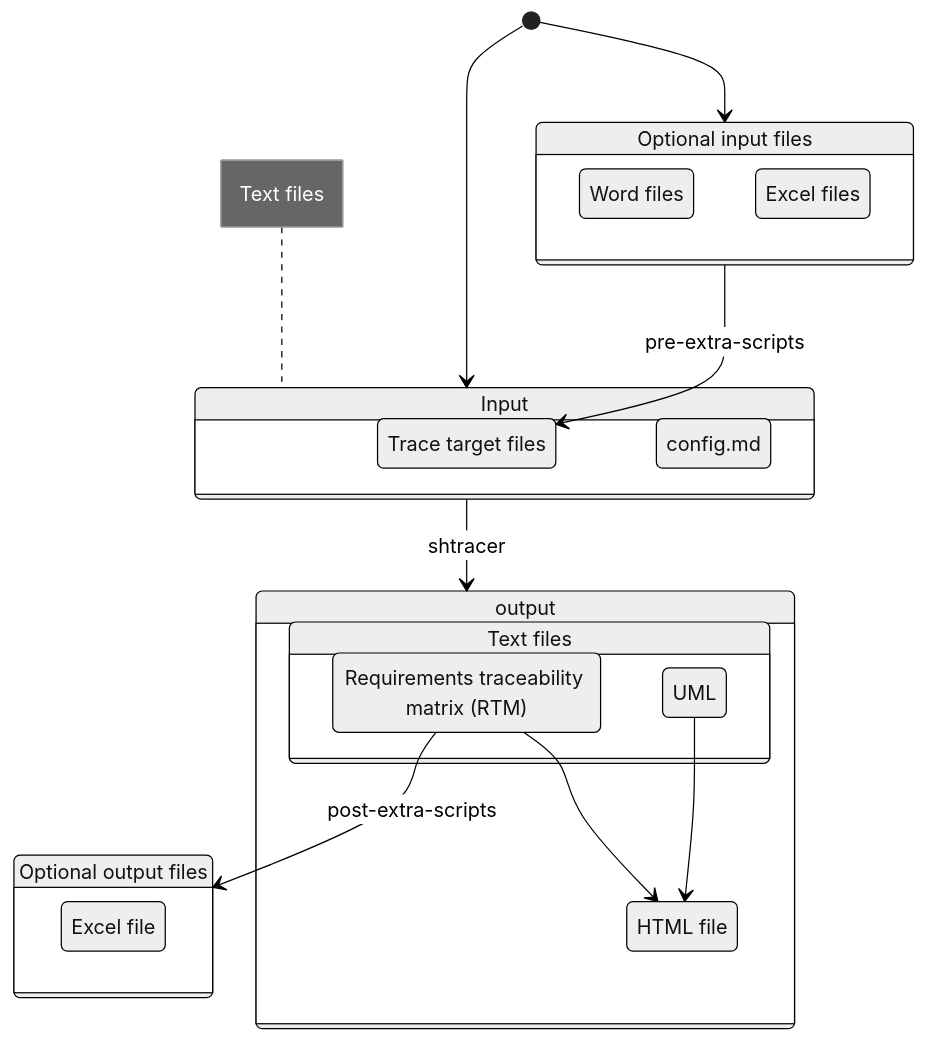
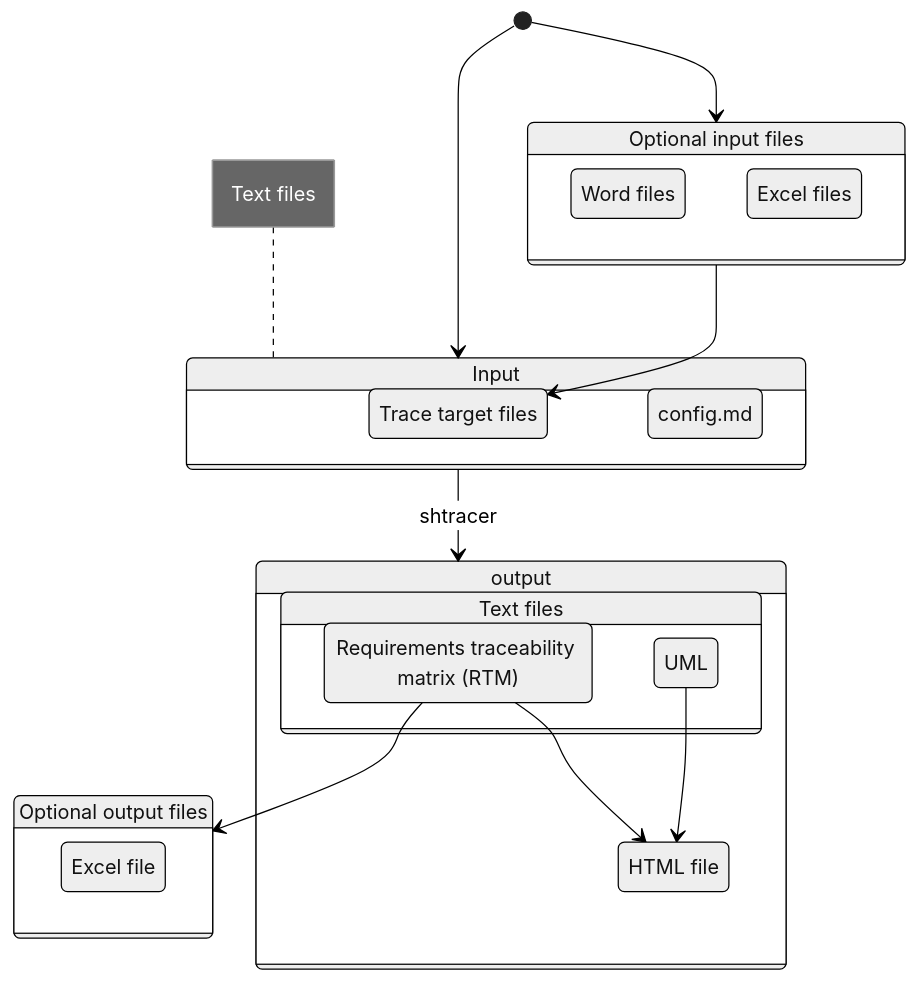
Before and after one commit to qq3g7bad/shtracer: the first of 2 diagrams in README.md, drawn with Mermaid (neutral theme). The commit also changed other lines of this file and 10 other files, not shown here.

Commit message:
security: remove PRE/POST-EXTRA-SCRIPT support

````diff
--- a/README.md
+++ b/README.md
@@ -16,45 +16,45 @@
 ```mermaid
 stateDiagram
 
 input:Input
 opt_input:Optional input files
 
 state input {
   targetfiles:Trace target files
   config:config.md
 }
 state opt_input {
   wordinput:Word files
   excelinput:Excel files
 }
 note left of input
   Text files
 end note
 
 [*] --> input
 [*] --> opt_input
 
-opt_input --> targetfiles : pre-extra-scripts
+opt_input --> targetfiles
 opt_output:Optional output files
 
 state output {
   txt_output: Text files
   html_output:HTML file
 }
 
 state txt_output {
   rtm:Requirements traceability matrix (RTM)
   uml:UML
 }
 
 state opt_output {
   excel_output:Excel file
 }
 
 
 input --> output : shtracer
-rtm --> opt_output : post-extra-scripts
+rtm --> opt_output
 rtm --> html_output
 uml --> html_output
 
 ```
````
